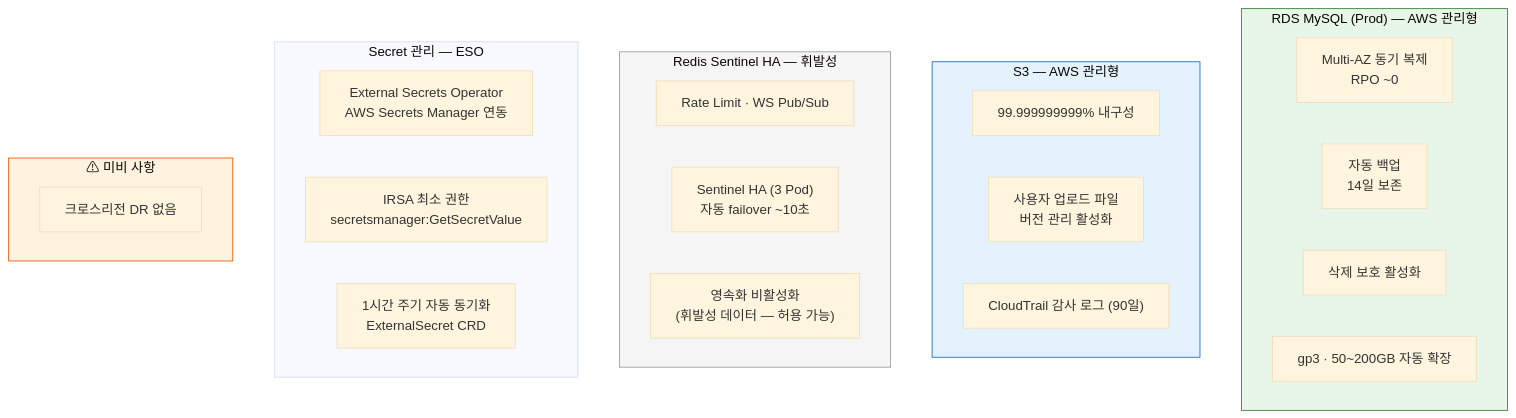
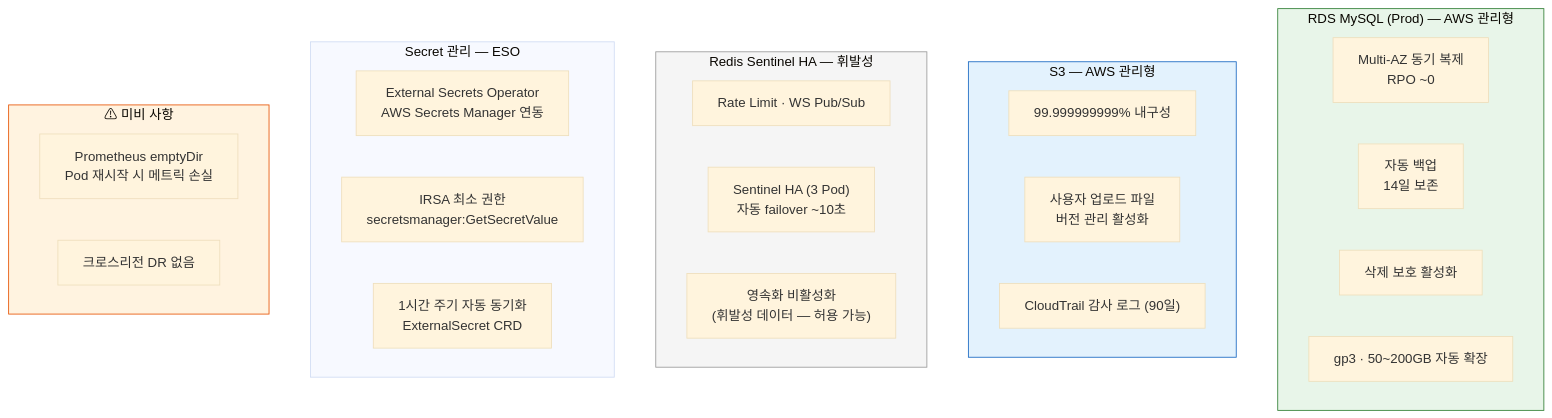
Before and after one commit to revenantonthemission/2-cho-community-infra: diagram 16 of 19 in report.md, drawn with Mermaid (base theme). The commit also changed other lines of this file and 4 other files, not shown here.

````diff
--- a/report.md
+++ b/report.md
@@ -867,36 +876,37 @@
 ```mermaid
 flowchart TD
     subgraph RDS_Layer["RDS MySQL (Prod) — AWS 관리형"]
         MultiAZ["Multi-AZ 동기 복제<br/>RPO ~0"]
         AutoBackup["자동 백업<br/>14일 보존"]
         DeleteProtect["삭제 보호 활성화"]
         Storage["gp3 · 50~200GB 자동 확장"]
     end
 
     subgraph S3_Layer["S3 — AWS 관리형"]
         Durability["99.999999999% 내구성"]
         Uploads["사용자 업로드 파일<br/>버전 관리 활성화"]
         CT_Logs["CloudTrail 감사 로그 (90일)"]
     end
 
     subgraph Redis_Layer["Redis Sentinel HA — 휘발성"]
         Volatile["Rate Limit · WS Pub/Sub"]
         Sentinel_HA["Sentinel HA (3 Pod)<br/>자동 failover ~10초"]
         No_Persist["영속화 비활성화<br/>(휘발성 데이터 — 허용 가능)"]
     end
 
     subgraph SecretMgmt["Secret 관리 — ESO"]
         ESO["External Secrets Operator<br/>AWS Secrets Manager 연동"]
         IRSA_ESO["IRSA 최소 권한<br/>secretsmanager:GetSecretValue"]
         AutoSync["1시간 주기 자동 동기화<br/>ExternalSecret CRD"]
     end
 
     subgraph Gaps["⚠ 미비 사항"]
+        Prom_EmptyDir["Prometheus emptyDir<br/>Pod 재시작 시 메트릭 손실"]
         No_CrossRegion["크로스리전 DR 없음"]
     end
 
     style RDS_Layer fill:#e8f5e9,stroke:#2e7d32
     style S3_Layer fill:#e3f2fd,stroke:#1565c0
     style Redis_Layer fill:#f5f5f5,stroke:#999
     style Gaps fill:#fff3e0,stroke:#e65100
 ```
````
